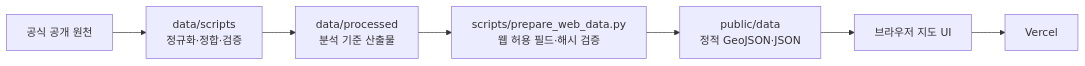
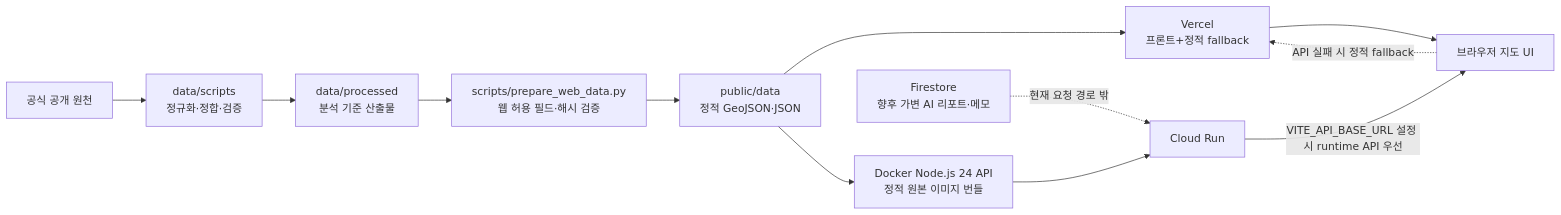
Before and after one commit to ulsaninuhack/hack: the diagram in README.md, drawn with Mermaid. The commit also changed other lines of this file and 23 other files, not shown here.

````diff
--- a/README.md
+++ b/README.md
@@ -49,9 +50,14 @@
 ```mermaid
 flowchart LR
     A["공식 공개 원천"] --> B["data/scripts<br/>정규화·정합·검증"]
     B --> C["data/processed<br/>분석 기준 산출물"]
     C --> D["scripts/prepare_web_data.py<br/>웹 허용 필드·해시 검증"]
     D --> E["public/data<br/>정적 GeoJSON·JSON"]
-    E --> F["브라우저 지도 UI"]
-    F --> G["Vercel"]
+    E --> F["Vercel<br/>프론트+정적 fallback"]
+    E --> G["Docker Node.js 24 API<br/>정적 원본 이미지 번들"]
+    G --> H["Cloud Run"]
+    J["Firestore<br/>향후 가변 AI 리포트·메모"] -. "현재 요청 경로 밖" .-> H
+    F --> I["브라우저 지도 UI"]
+    H -->|"VITE_API_BASE_URL 설정 시 runtime API 우선"| I
+    I -. "API 실패 시 정적 fallback" .-> F
 ```
````
